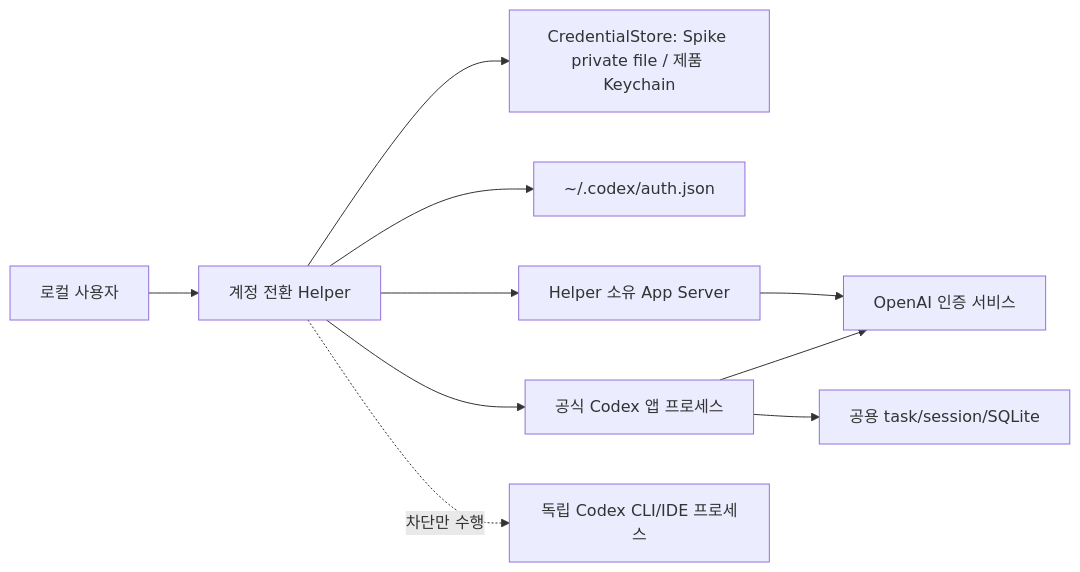
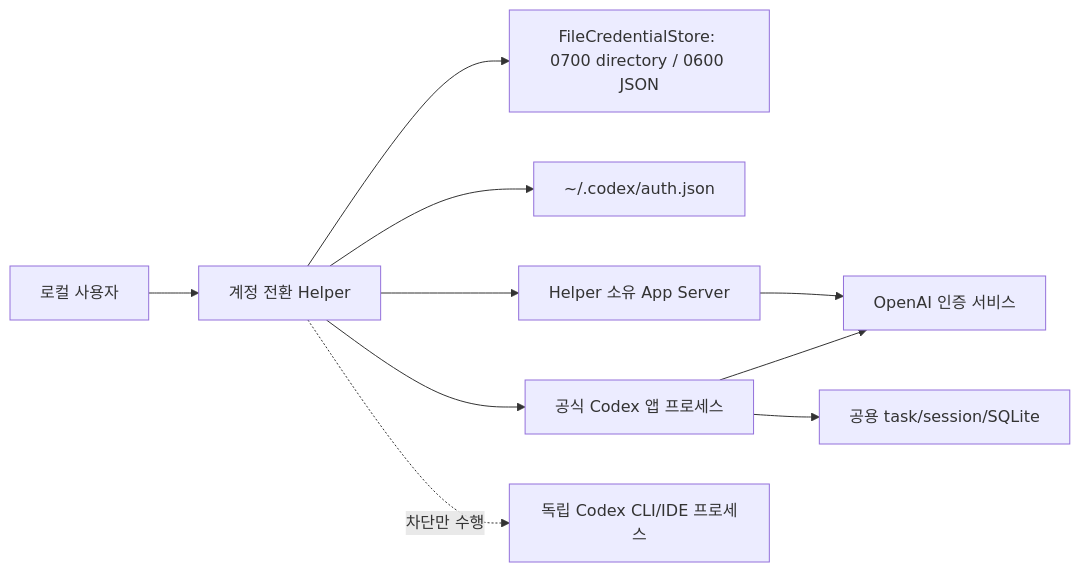
The diagram in docs/06_security_and_recovery.md (aqwsde321/codex-account-switcher-macos), drawn with Mermaid before and after one commit. The commit also changed other lines of this file and 11 other files, not shown here.

````diff
--- a/docs/06_security_and_recovery.md
+++ b/docs/06_security_and_recovery.md
@@ -43,12 +43,12 @@
 ```mermaid
 flowchart LR
     U["로컬 사용자"] --> H["계정 전환 Helper"]
-    H --> K["CredentialStore: Spike private file / 제품 Keychain"]
+    H --> K["FileCredentialStore: 0700 directory / 0600 JSON"]
     H --> A["~/.codex/auth.json"]
     H --> P["공식 Codex 앱 프로세스"]
     H --> S["Helper 소유 App Server"]
     S --> O["OpenAI 인증 서비스"]
     P --> O
     P --> D["공용 task/session/SQLite"]
     H -. "차단만 수행" .-> C["독립 Codex CLI/IDE 프로세스"]
 ```
````
